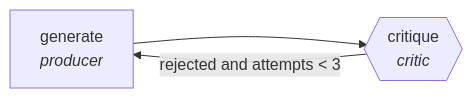
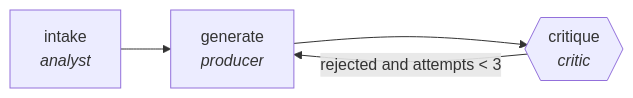
The diagram in graphs/data-analytics/sql-generation-verified/CARD.md (ypollak2/agenticgraphs), drawn with Mermaid before and after one commit. The commit also changed other lines of this file and 104 other files, not shown here.

````diff
--- a/graphs/data-analytics/sql-generation-verified/CARD.md
+++ b/graphs/data-analytics/sql-generation-verified/CARD.md
@@ -12,7 +12,9 @@
 ```mermaid
 flowchart LR
-    N0["generate<br/><i>producer</i>"]
-    N1{{"critique<br/><i>critic</i>"}}
+    N0["intake<br/><i>analyst</i>"]
+    N1["generate<br/><i>producer</i>"]
+    N2{{"critique<br/><i>critic</i>"}}
     N0 --> N1
-    N1 -->|rejected and attempts < 3| N0
+    N1 --> N2
+    N2 -->|rejected and attempts < 3| N1
 ```
````
